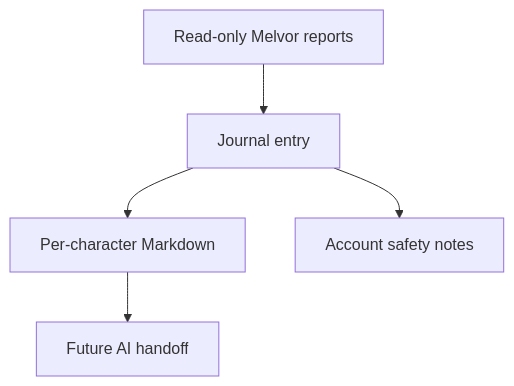
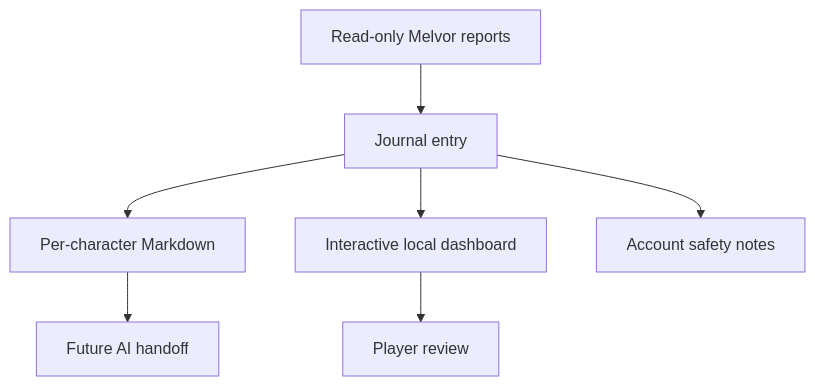
Before and after one commit to AlexAgo83/mpt: the diagram in logics/product/prod_002_melvin_character_journal_and_planning_log.md, drawn with Mermaid. The commit also changed other lines of this file and 6 other files, not shown here.

Commit message:
Add interactive dashboard scope to journal corpus

````diff
--- a/logics/product/prod_002_melvin_character_journal_and_planning_log.md
+++ b/logics/product/prod_002_melvin_character_journal_and_planning_log.md
@@ -13,9 +14,11 @@
 ```mermaid
 %% logics-kind: product
 %% logics-signature: product|melvin_character_journal_and_planning_log|generated
 flowchart TD
     Read[Read-only Melvor reports] --> Entry[Journal entry]
     Entry --> Character[Per-character Markdown]
+    Entry --> Dashboard[Interactive local dashboard]
     Entry --> Account[Account safety notes]
     Character --> Handoff[Future AI handoff]
+    Dashboard --> Player[Player review]
 ```
````
